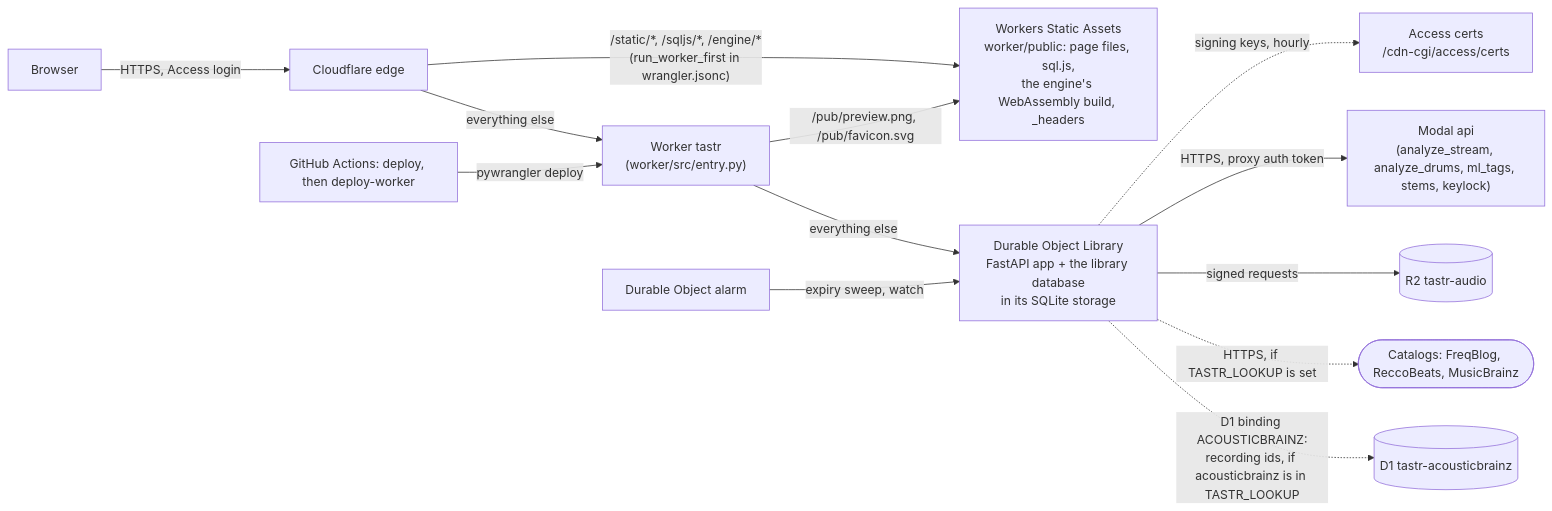
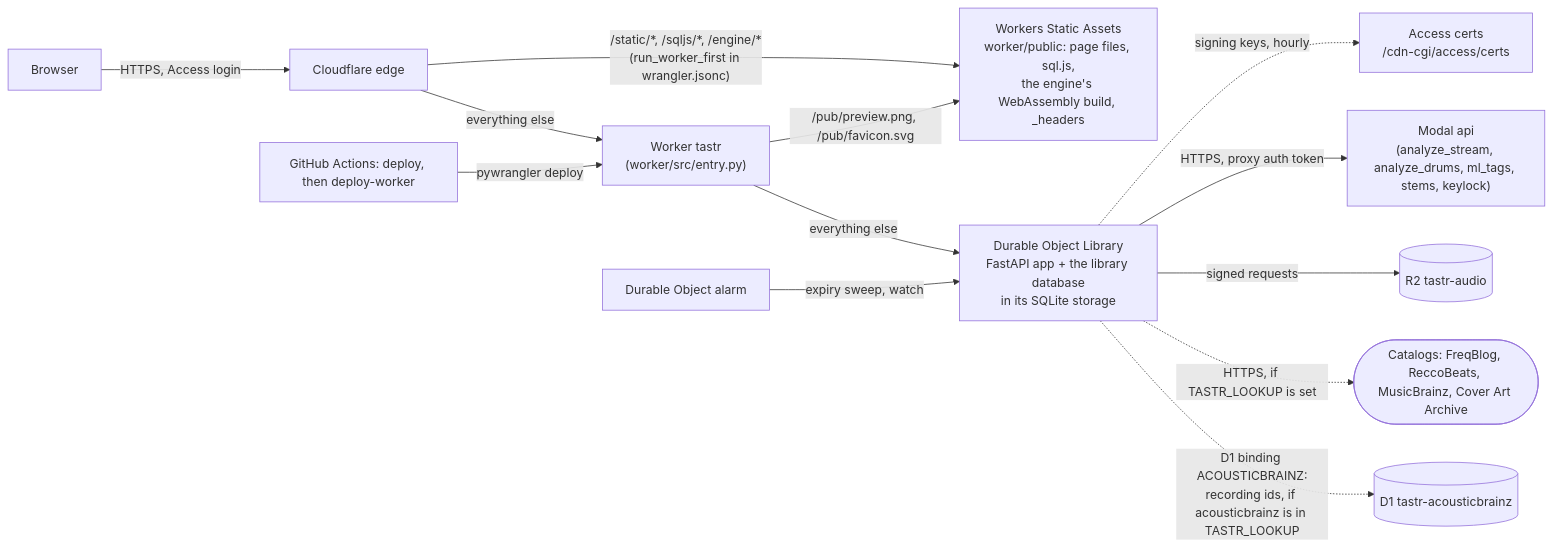
Before and after one commit to pocketIlmatto/tastr: the third of 3 diagrams in docs/hosting-map.md, drawn with Mermaid. The commit also changed other lines of this file and 10 other files, not shown here.

First line of the commit message:
Fetch album art from the Cover Art Archive for mash-up previews (#210)

````diff
--- a/docs/hosting-map.md
+++ b/docs/hosting-map.md
@@ -344,15 +347,15 @@
 ```mermaid
 flowchart LR
     B[Browser] -->|HTTPS, Access login| CF[Cloudflare edge]
     CF -->|"everything else"| W["Worker tastr<br/>(worker/src/entry.py)"]
     CF -->|"/static/*, /sqljs/*, /engine/*<br/>(run_worker_first in wrangler.jsonc)"| SA["Workers Static Assets<br/>worker/public: page files, sql.js,<br/>the engine's WebAssembly build, _headers"]
     W -->|"/pub/preview.png, /pub/favicon.svg"| SA
     W -->|everything else| DO["Durable Object Library<br/>FastAPI app + the library database<br/>in its SQLite storage"]
     DO -.->|signing keys, hourly| AK[Access certs<br/>/cdn-cgi/access/certs]
     AL[Durable Object alarm] -->|expiry sweep, watch| DO
     GHD[GitHub Actions: deploy, then deploy-worker] -->|pywrangler deploy| W
     DO -->|HTTPS, proxy auth token| MA["Modal api<br/>(analyze_stream, analyze_drums, ml_tags, stems, keylock)"]
     DO -->|signed requests| R2B[(R2 tastr-audio)]
-    DO -.->|HTTPS, if TASTR_LOOKUP is set| CAT2([Catalogs: FreqBlog, ReccoBeats, MusicBrainz])
+    DO -.->|HTTPS, if TASTR_LOOKUP is set| CAT2([Catalogs: FreqBlog, ReccoBeats, MusicBrainz, Cover Art Archive])
     DO -.->|"D1 binding ACOUSTICBRAINZ:<br/>recording ids, if acousticbrainz is in TASTR_LOOKUP"| D1B[(D1 tastr-acousticbrainz)]
 ```
````
